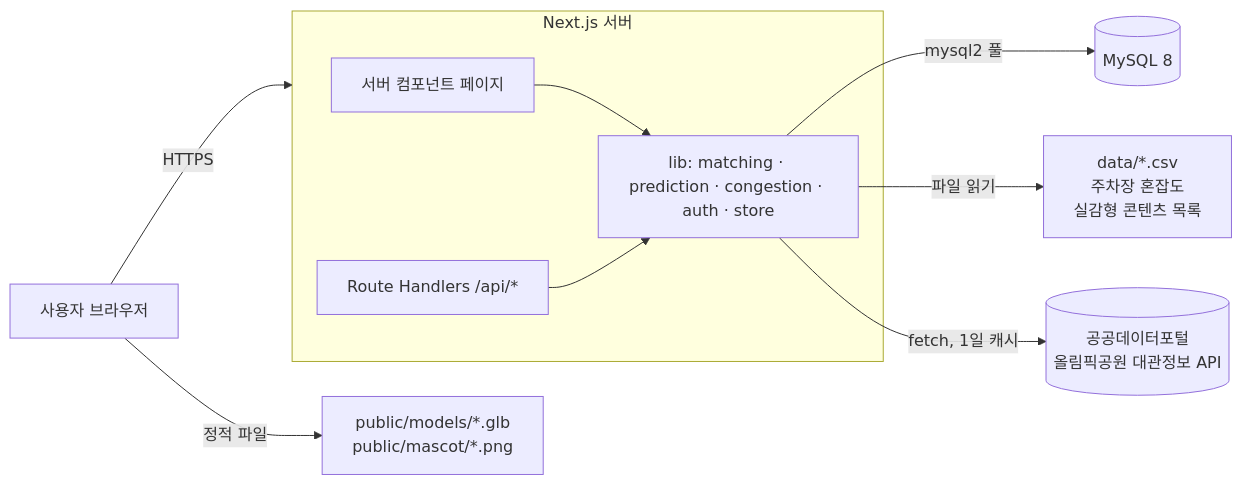
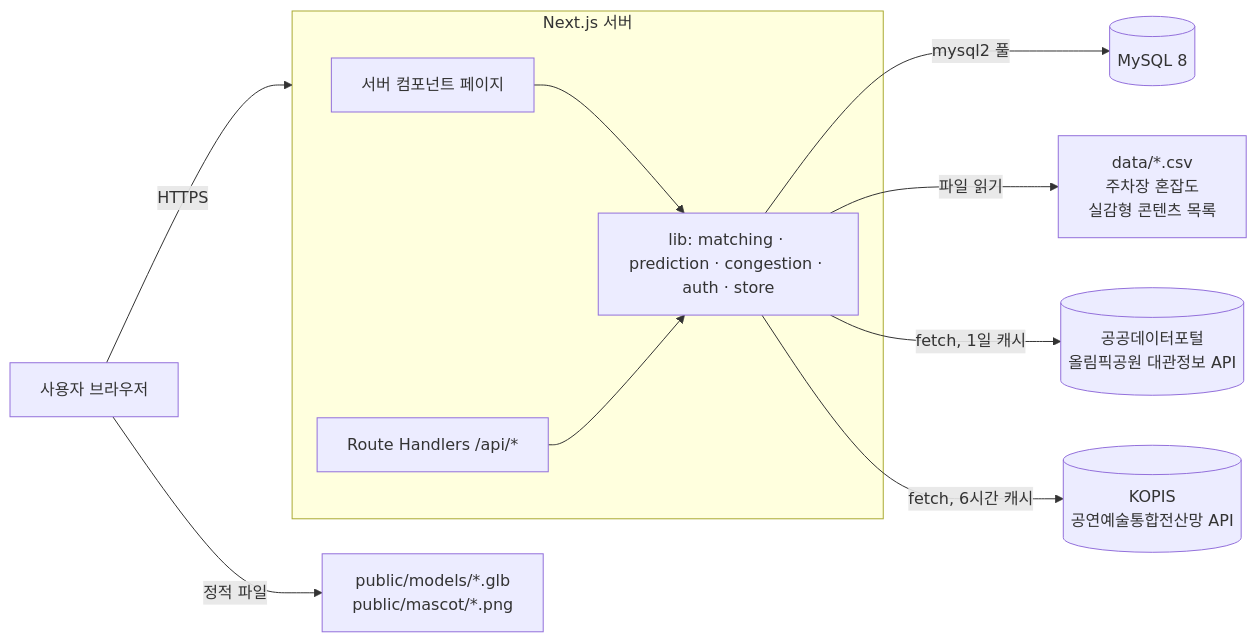
The first of 5 diagrams in docs/설계서.md (captain-LIM/olympic-run-crew), drawn with Mermaid before and after one commit. The commit also changed other lines of this file and 1 other file, not shown here.

Commit message:
docs: KOPIS 공연 일정 연계를 README·설계서에 반영

````diff
--- a/docs/설계서.md
+++ b/docs/설계서.md
@@ -74,15 +74,16 @@
 ```mermaid
 flowchart LR
   U[사용자 브라우저] -->|HTTPS| N
   subgraph N[Next.js 서버]
     P[서버 컴포넌트 페이지]
     A[Route Handlers /api/*]
     L[lib: matching · prediction · congestion · auth · store]
   end
   P --> L
   A --> L
   L -->|mysql2 풀| D[(MySQL 8)]
   L -->|파일 읽기| C[data/*.csv<br/>주차장 혼잡도<br/>실감형 콘텐츠 목록]
   L -->|fetch, 1일 캐시| K[(공공데이터포털<br/>올림픽공원 대관정보 API)]
+  L -->|fetch, 6시간 캐시| KP[(KOPIS<br/>공연예술통합전산망 API)]
   U -->|정적 파일| M[public/models/*.glb<br/>public/mascot/*.png]
 ```
````
